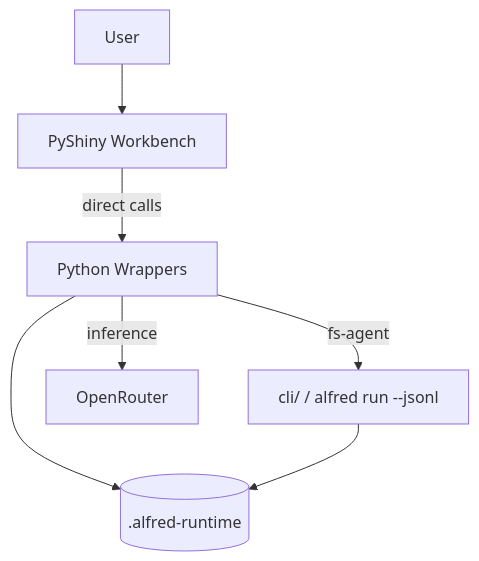
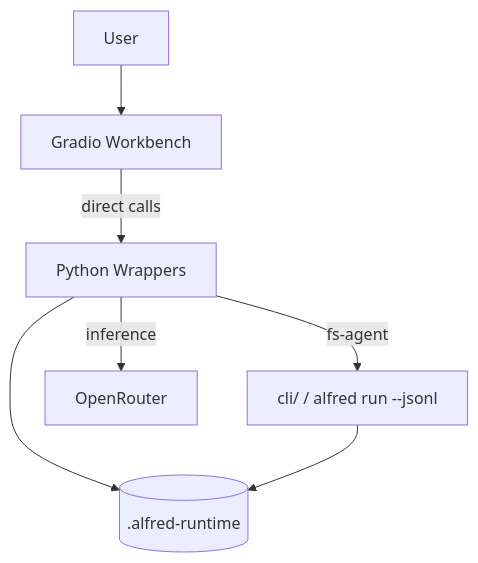
Before and after one commit to AIByJohannes/alfred: the first of 2 diagrams in docs/architecture.md, drawn with Mermaid. The commit also changed other lines of this file and 10 other files, not shown here.

First line of the commit message:
refactor: replace PyShiny with Gradio

````diff
--- a/docs/architecture.md
+++ b/docs/architecture.md
@@ -16,16 +16,16 @@
 ```mermaid
 graph TD
     User[User]
-    UI[PyShiny Workbench]
+    UI[Gradio Workbench]
     PY[Python Wrappers]
     CLI[cli/ / alfred run --jsonl]
     FS[(.alfred-runtime)]
     LLM[OpenRouter]
 
     User --> UI
     UI -->|direct calls| PY
     PY -->|inference| LLM
     PY -->|fs-agent| CLI
     PY --> FS
     CLI --> FS
 ```
````
